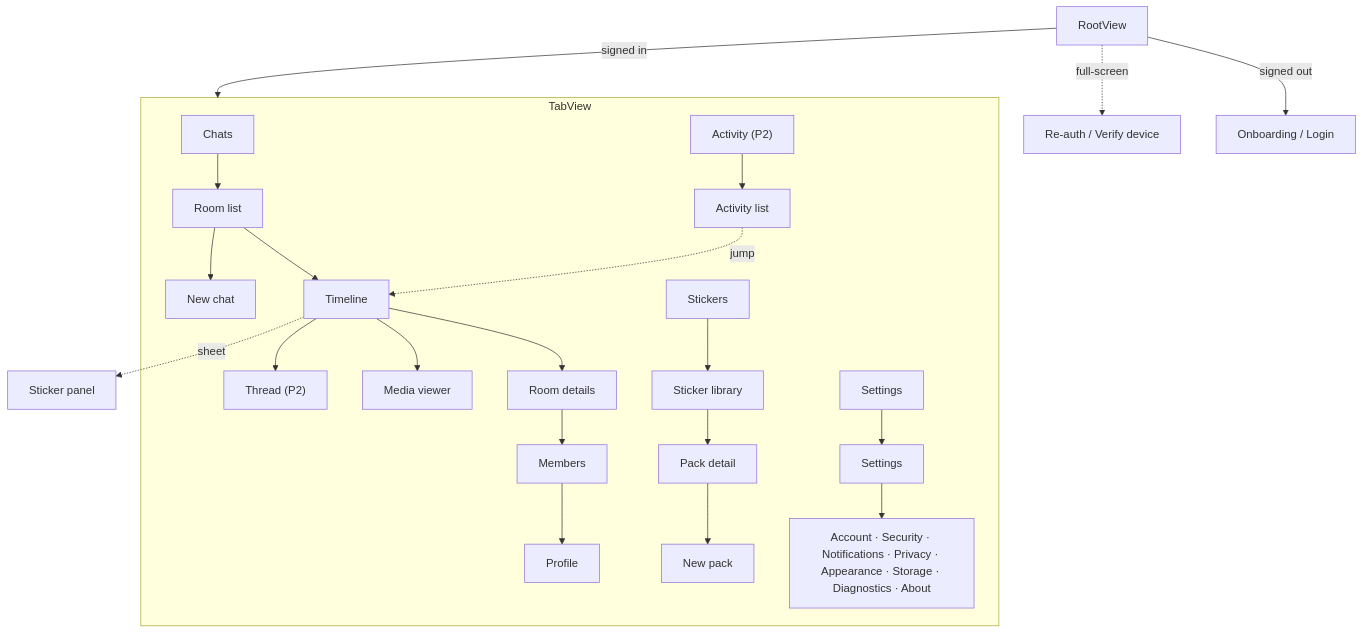
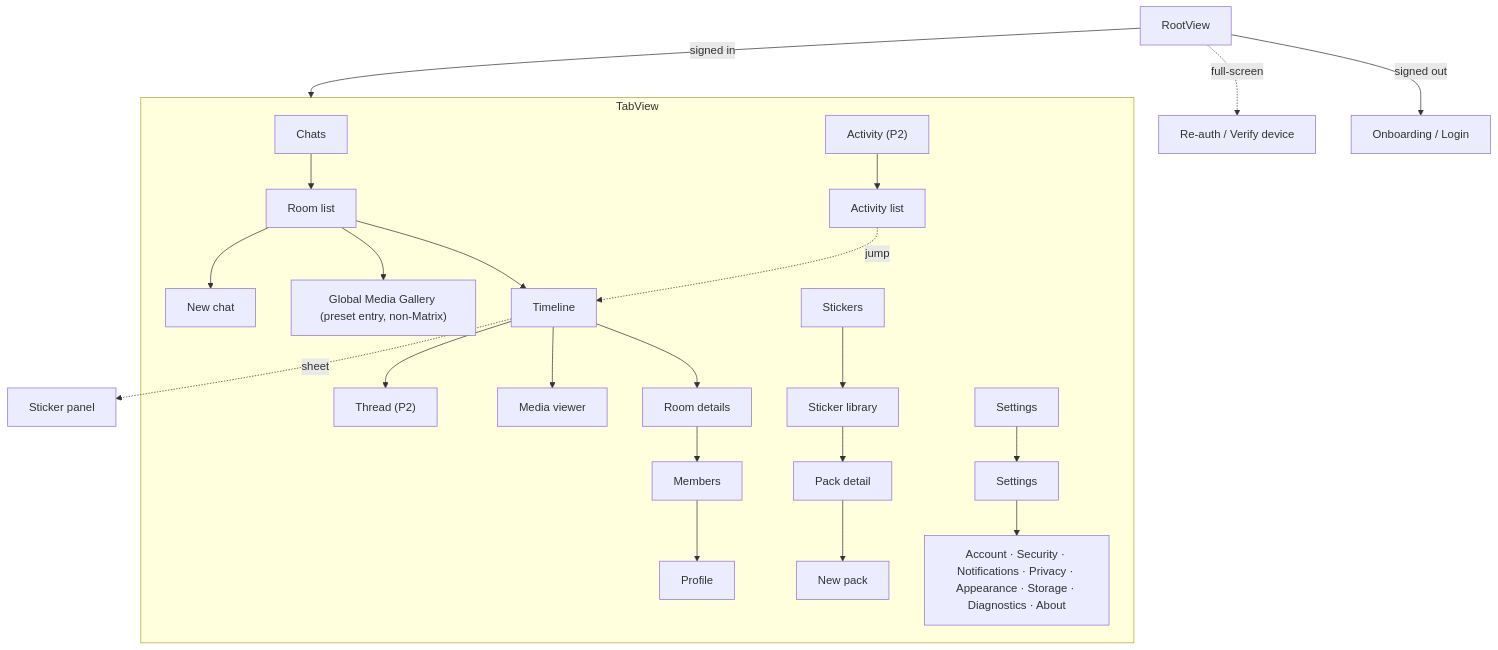
One commit to evan1ee/halo changed the diagram in docs/design/NAVIGATION.md. Above: the diagram before and after it, drawn with Mermaid. The commit also changed other lines of this file and 5 other files, not shown here.

First line of the commit message:
docs(gallery): record D83 preset virtual room entry for global media gallery

````diff
--- a/docs/design/NAVIGATION.md
+++ b/docs/design/NAVIGATION.md
@@ -15,16 +17,17 @@
 ```mermaid
 flowchart TB
   Root[RootView] -->|signed out| Onb[Onboarding / Login]
   Root -->|signed in| Tabs
   subgraph Tabs[TabView]
     Chats --> RL[Room list] --> TL[Timeline] --> RD[Room details] --> MB[Members] --> PR[Profile]
+    RL --> MG["Global Media Gallery (preset entry, non-Matrix)"]
     TL --> MV[Media viewer]
     TL --> TH["Thread (P2)"]
     RL --> NC[New chat]
     Stickers --> SL[Sticker library] --> PK[Pack detail] --> NP[New pack]
     Act["Activity (P2)"] --> AL[Activity list] -.jump.-> TL
     Settings --> ST[Settings] --> Sub[Account · Security · Notifications · Privacy · Appearance · Storage · Diagnostics · About]
   end
   TL -. sheet .-> SP[Sticker panel]
   Root -. full-screen .-> RA[Re-auth / Verify device]
 ```
````
